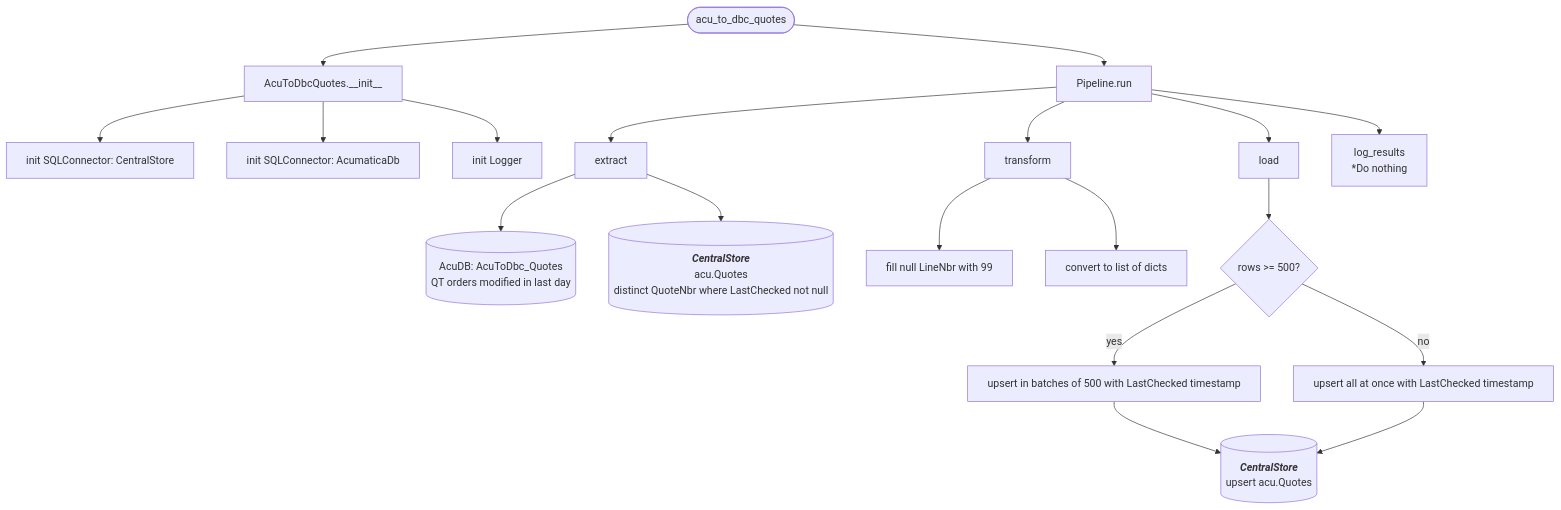
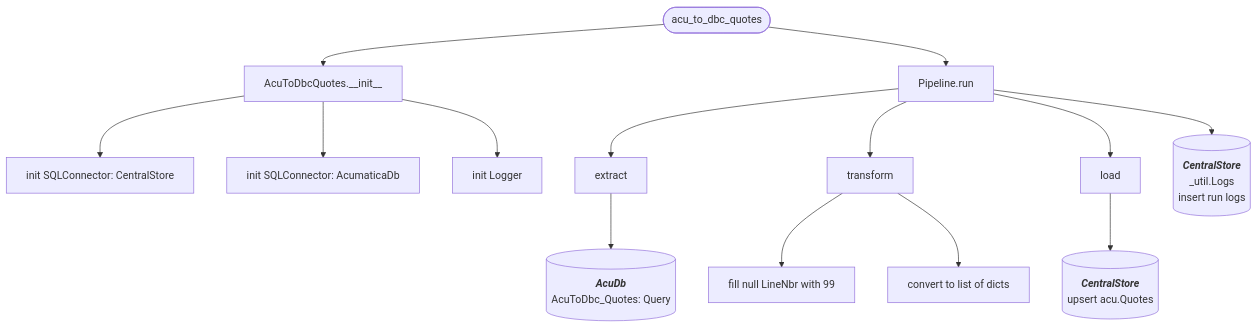
The diagram in docs/pipelines/acu_to_dbc_quotes.md (journeyhl/integration-platform), drawn with Mermaid before and after one commit. The commit also changed 25 other files, not shown here.

````diff
--- a/docs/pipelines/acu_to_dbc_quotes.md
+++ b/docs/pipelines/acu_to_dbc_quotes.md
@@ -1,31 +1,30 @@
 ```mermaid
 %%{init: {"flowchart": {"wrappingWidth": 400}}}%%
 flowchart TD
     A([acu_to_dbc_quotes]) --> B[AcuToDbcQuotes.__init__]
     B --> B1[init SQLConnector: CentralStore]
     B --> B2[init SQLConnector: AcumaticaDb]
     B --> B3[init Logger]
     
     A--> RUN[Pipeline.run]
 
     RUN --> EX[extract]
-    EX --> D1[(AcuDB: AcuToDbc_Quotes<br/>QT orders modified in last day)]
-    EX --> D2[(
-        <b><i>CentralStore</i></b>
-        acu.Quotes<br/>distinct QuoteNbr where LastChecked not null)]
+    EX --> D1[(
+        <b><i>AcuDb</i></b>
+        AcuToDbc_Quotes: Query)]
 
     RUN --> TR[transform]
     TR --> T1[fill null LineNbr with 99]
     TR --> T2[convert to list of dicts]
 
     RUN --> LD[load]
-    LD --> L1{rows >= 500?}
-    L1 -->|yes| L2[upsert in batches of 500 with LastChecked timestamp]
-    L1 -->|no| L3[upsert all at once with LastChecked timestamp]
-    L2 --> CS1[(
+    LD --> L1[(
         <b><i>CentralStore</i></b>
-        upsert acu.Quotes)]
-    L3 --> CS1
+        upsert acu.Quotes
+    )]
 
-    RUN --> LR[log_results<br/>*Do nothing]
+    RUN --> LOGS[(
+        <b><i>CentralStore</i></b>
+        _util.Logs<br/>insert run logs
+    )]
 ```
````
